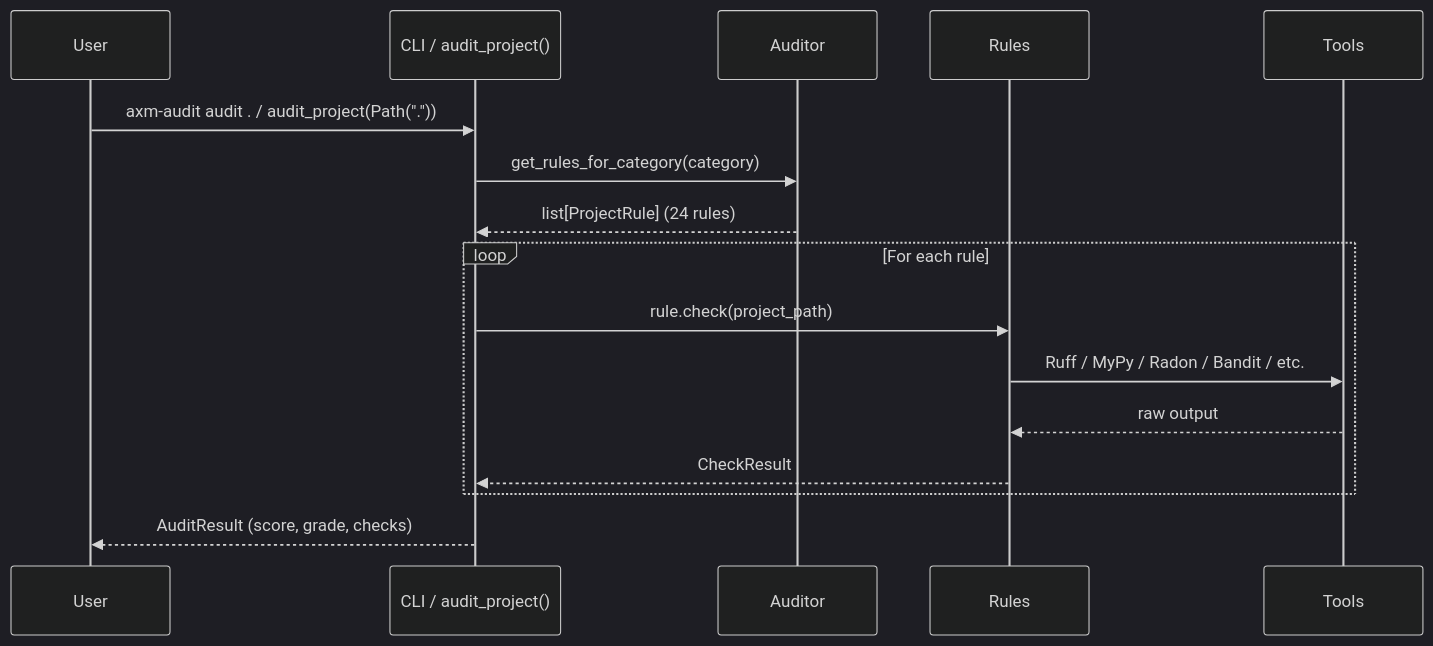
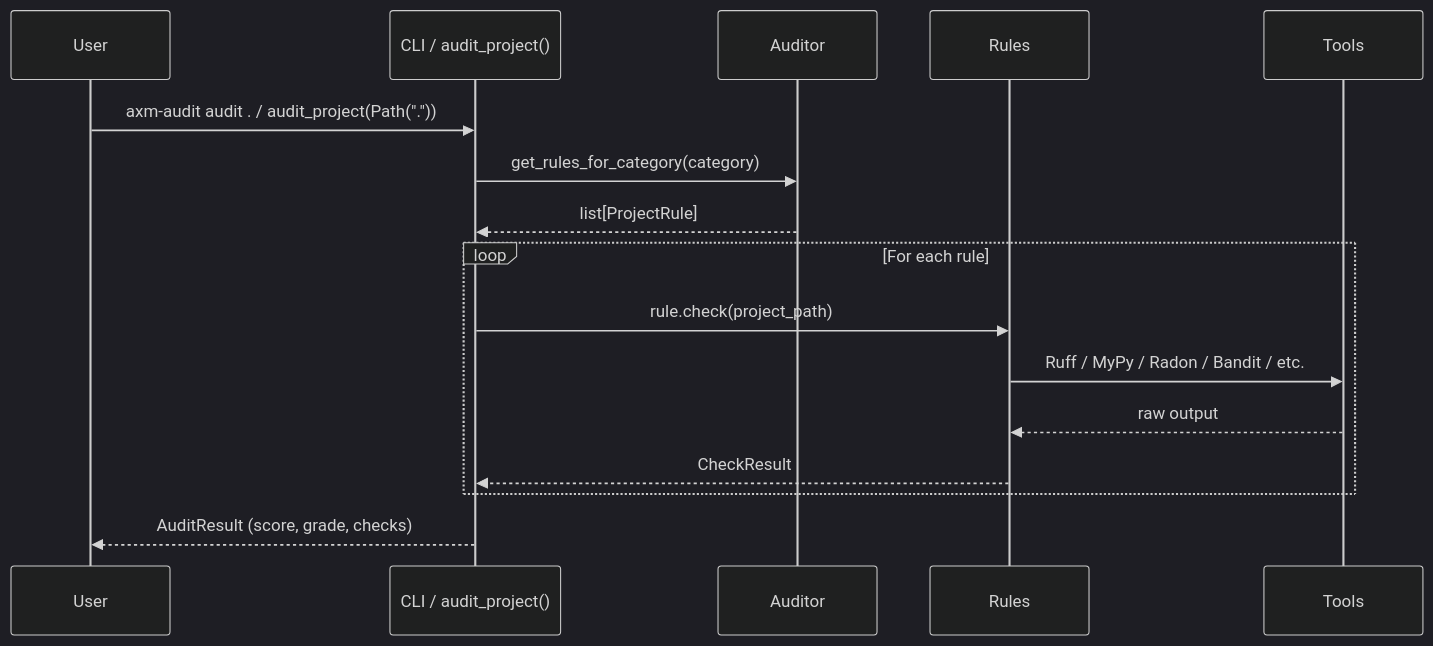
The second of 2 diagrams in docs/explanation/architecture.md (axm-protocols/axm-forge), drawn with Mermaid (dark theme) before and after one commit. The commit also changed other lines of this file and 10 other files, not shown here.

````diff
--- a/docs/explanation/architecture.md
+++ b/docs/explanation/architecture.md
@@ -88,19 +90,19 @@
 ```mermaid
 sequenceDiagram
     participant User
     participant CLI as CLI / audit_project()
     participant Auditor
     participant Rules
     participant Tools
 
     User->>CLI: axm-audit audit . / audit_project(Path("."))
     CLI->>Auditor: get_rules_for_category(category)
-    Auditor-->>CLI: list[ProjectRule] (24 rules)
+    Auditor-->>CLI: list[ProjectRule]
     loop For each rule
         CLI->>Rules: rule.check(project_path)
         Rules->>Tools: Ruff / MyPy / Radon / Bandit / etc.
         Tools-->>Rules: raw output
         Rules-->>CLI: CheckResult
     end
     CLI-->>User: AuditResult (score, grade, checks)
 ```
````
